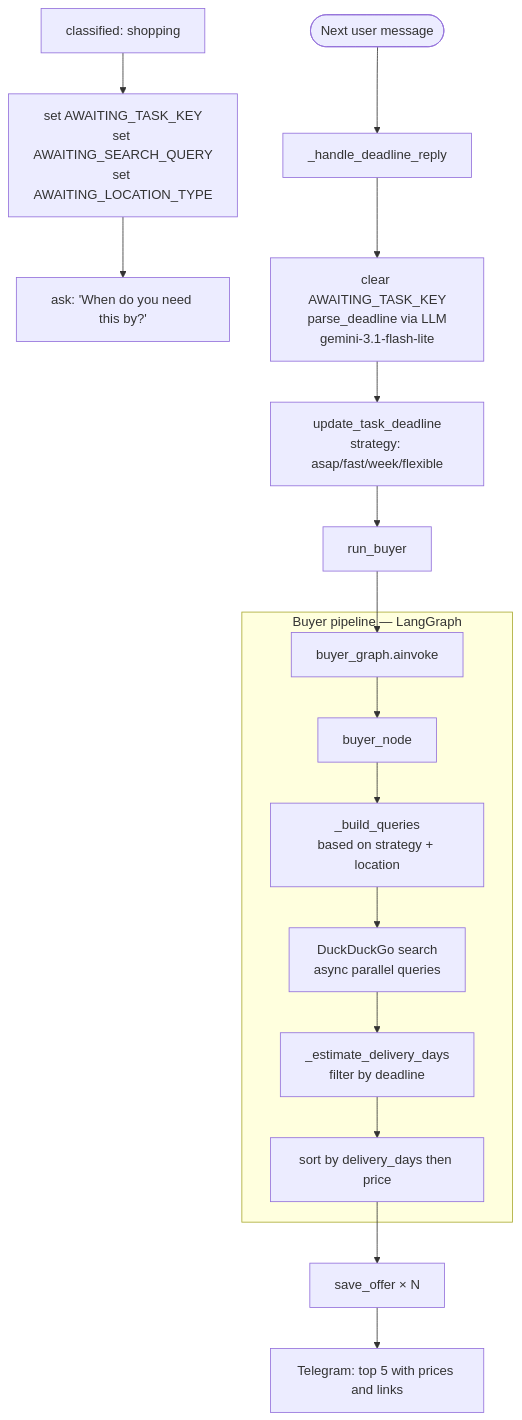
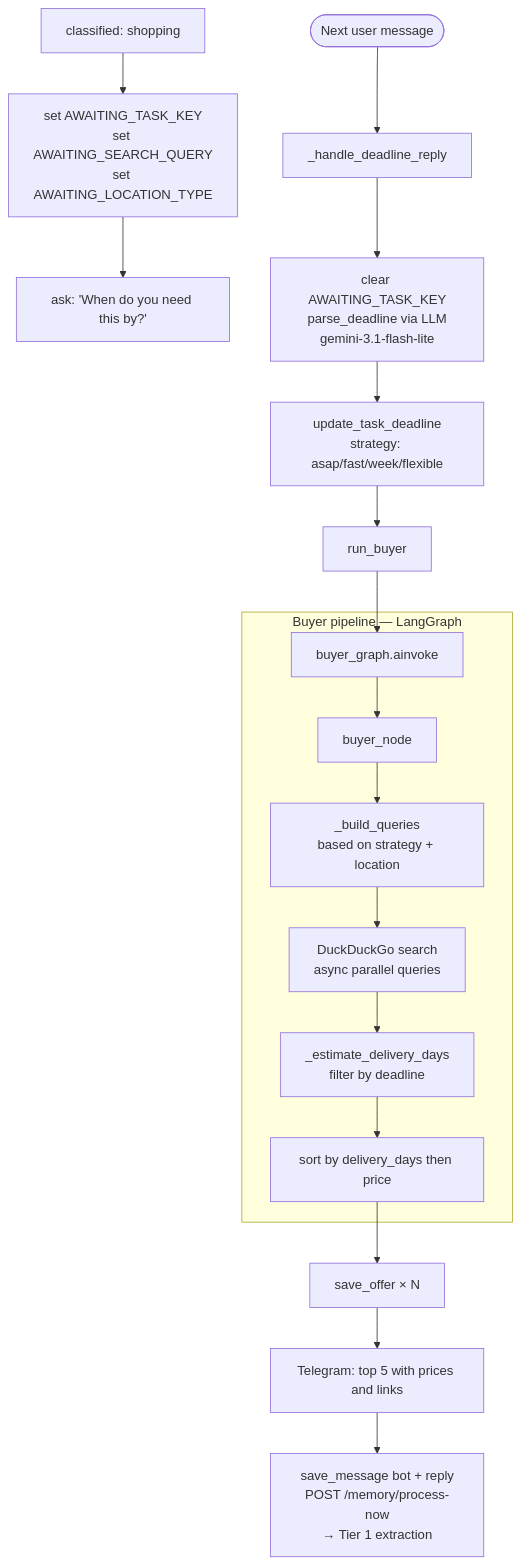
The fifth of 8 diagrams in docs/flow.md (paulalexeevich/idea-bot), drawn with Mermaid before and after one commit. The commit also changed other lines of this file and 2 other files, not shown here.

Commit message:
docs: update CLAUDE.md, architecture.md, flow.md to reflect timezone and reminder fixes

````diff
--- a/docs/flow.md
+++ b/docs/flow.md
@@ -141,24 +143,25 @@
 ```mermaid
 flowchart TD
     A[classified: shopping] --> B
     B[set AWAITING_TASK_KEY\nset AWAITING_SEARCH_QUERY\nset AWAITING_LOCATION_TYPE] --> C
     C[ask: 'When do you need this by?']
 
     D([Next user message]) --> E[_handle_deadline_reply]
     E --> F[clear AWAITING_TASK_KEY\nparse_deadline via LLM\ngemini-3.1-flash-lite] --> G
     G[update_task_deadline\nstrategy: asap/fast/week/flexible] --> H
 
     H[run_buyer] --> I
 
     subgraph BUYER [Buyer pipeline — LangGraph]
         I[buyer_graph.ainvoke] --> J
         J[buyer_node] --> K
         K[_build_queries\nbased on strategy + location] --> L
         L[DuckDuckGo search\nasync parallel queries] --> M
         M[_estimate_delivery_days\nfilter by deadline] --> N
         N[sort by delivery_days then price]
     end
 
     N --> O[save_offer × N]
     O --> P[Telegram: top 5 with prices and links]
+    P --> Q[save_message bot + reply\nPOST /memory/process-now\n→ Tier 1 extraction]
 ```
````
